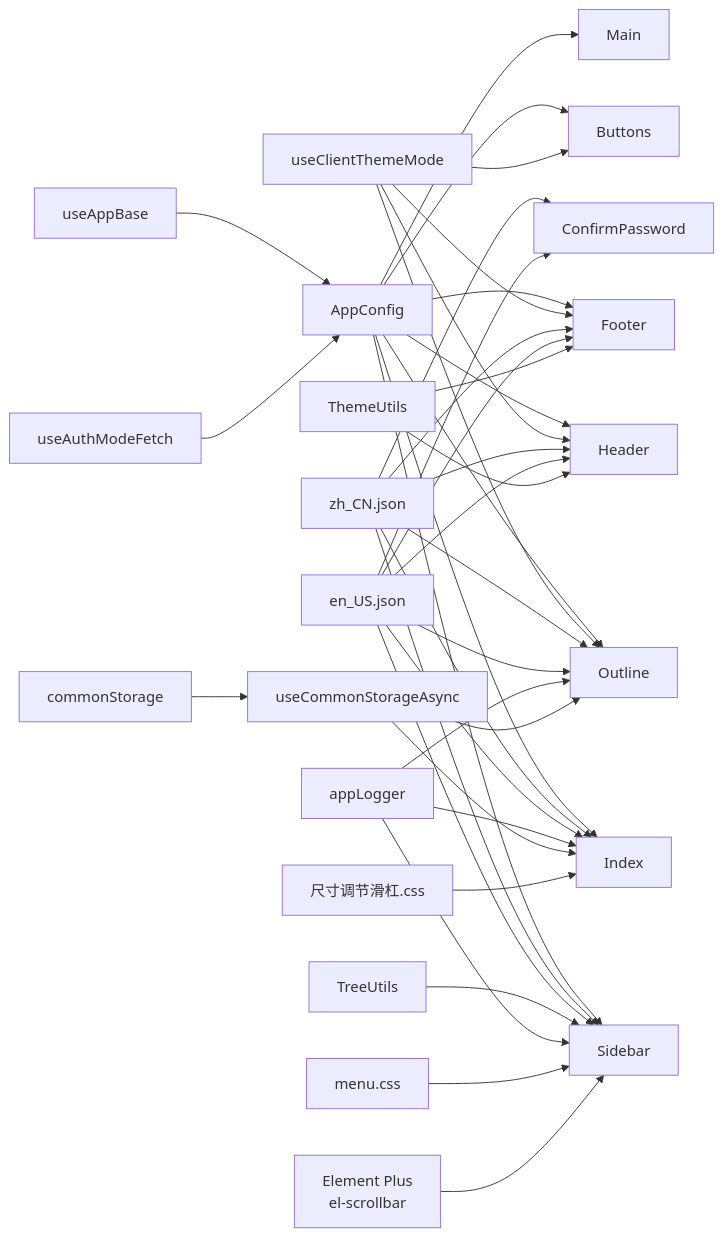
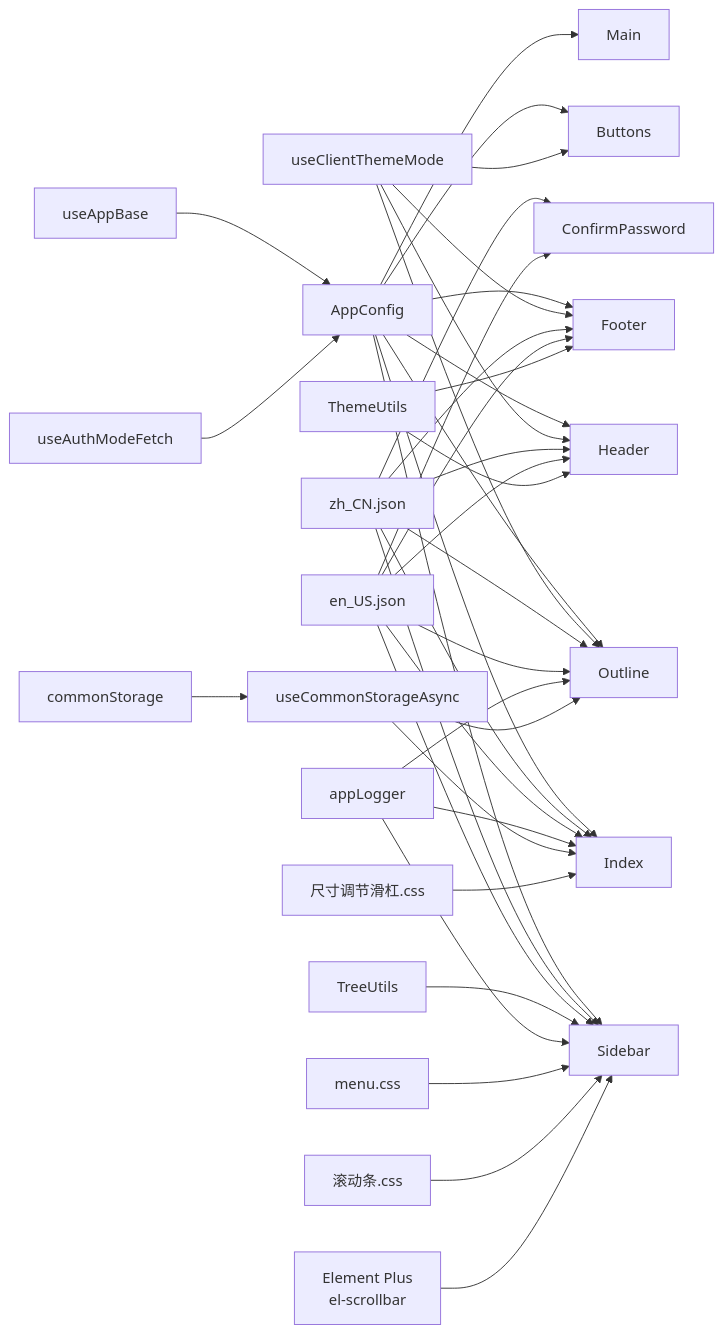
Before and after one commit to terwer/siyuan-plugin-blog: diagram 15 of 15 in .qoder/repowiki/zh/content/核心功能/UI 组件系统/UI 组件系统.md, drawn with Mermaid. The commit also changed other lines of this file and 3 other files, not shown here.

````diff
--- a/.qoder/repowiki/zh/content/核心功能/UI 组件系统/UI 组件系统.md
+++ b/.qoder/repowiki/zh/content/核心功能/UI 组件系统/UI 组件系统.md
@@ -953,40 +985,41 @@
 ```mermaid
 graph LR
 AC["AppConfig"] --> H["Header"]
 AC --> F["Footer"]
 AC --> S["Sidebar"]
 AC --> I["Index"]
 AC --> O["Outline"]
 AC --> B["Buttons"]
 AC --> M["Main"]
 TM["useClientThemeMode"] --> H
 TM --> F
 TM --> B
 TM --> O
 ZH["zh_CN.json"] --> H
 ZH --> F
 ZH --> S
 ZH --> I
 ZH --> O
 ZH --> CP["ConfirmPassword"]
 EN["en_US.json"] --> H
 EN --> F
 EN --> S
 EN --> I
 EN --> O
 EN --> CP
 TU["ThemeUtils"] --> H
 TU --> F
 TR["TreeUtils"] --> S
 AL["appLogger"] --> S
 AL --> I
 AL --> O
 AB["useAppBase"] --> AC
 AF["useAuthModeFetch"] --> AC
 UCS["useCommonStorageAsync"] --> I
 UCS --> O
 CS["commonStorage"] --> UCS
 MCSS["menu.css"] --> S
 SLIDER["尺寸调节滑杠.css"] --> I
+SCROLL["滚动条.css"] --> S
 ES["Element Plus<br/>el-scrollbar"] --> S
 ```
````
